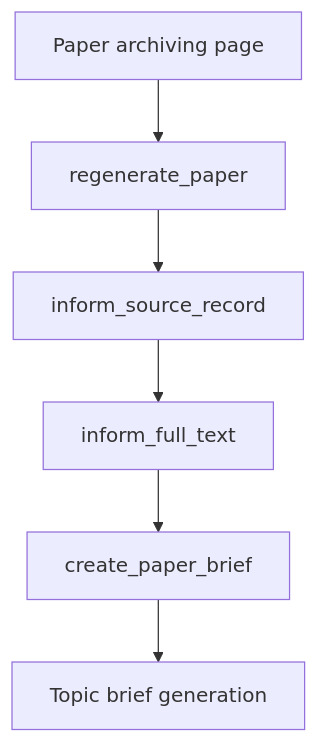
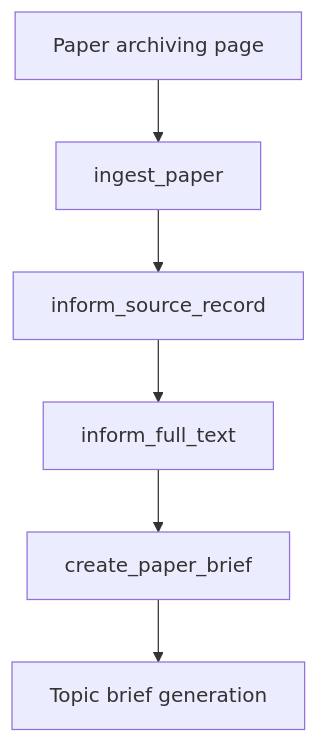
One commit to GustavoRusso/paper-reviewer changed the first of 2 diagrams in docs/specs/2.2.2-fulfill-papers-metadata.md. Above: the diagram before and after it, drawn with Mermaid. The commit also changed other lines of this file and 24 other files, not shown here.

Commit message:
docs and code changed to rename the "regenerate_paper" Prefect flow to "ingest_paper"

````diff
--- a/docs/specs/2.2.2-fulfill-papers-metadata.md
+++ b/docs/specs/2.2.2-fulfill-papers-metadata.md
@@ -64,14 +64,14 @@
 ```mermaid
 flowchart TB
   archive[Paper archiving page]
-  regen[regenerate_paper]
+  ingest[ingest_paper]
   srcRec[inform_source_record]
   fullTxt[inform_full_text]
   briefJob[create_paper_brief]
   topic[Topic brief generation]
-  archive --> regen
-  regen --> srcRec
+  archive --> ingest
+  ingest --> srcRec
   srcRec --> fullTxt
   fullTxt --> briefJob
   briefJob --> topic
 ```
````
